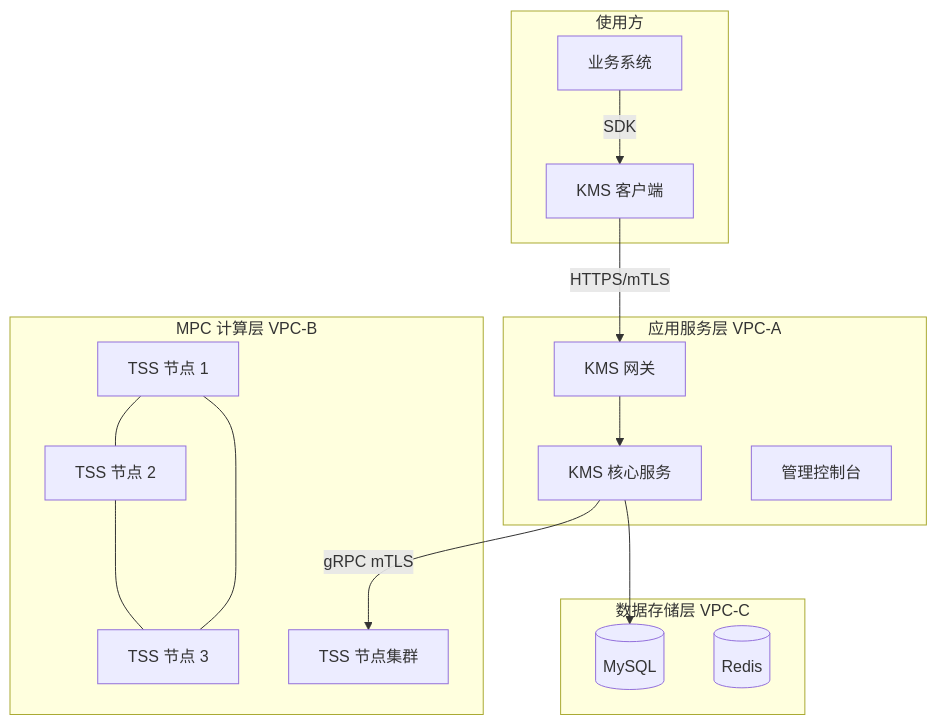
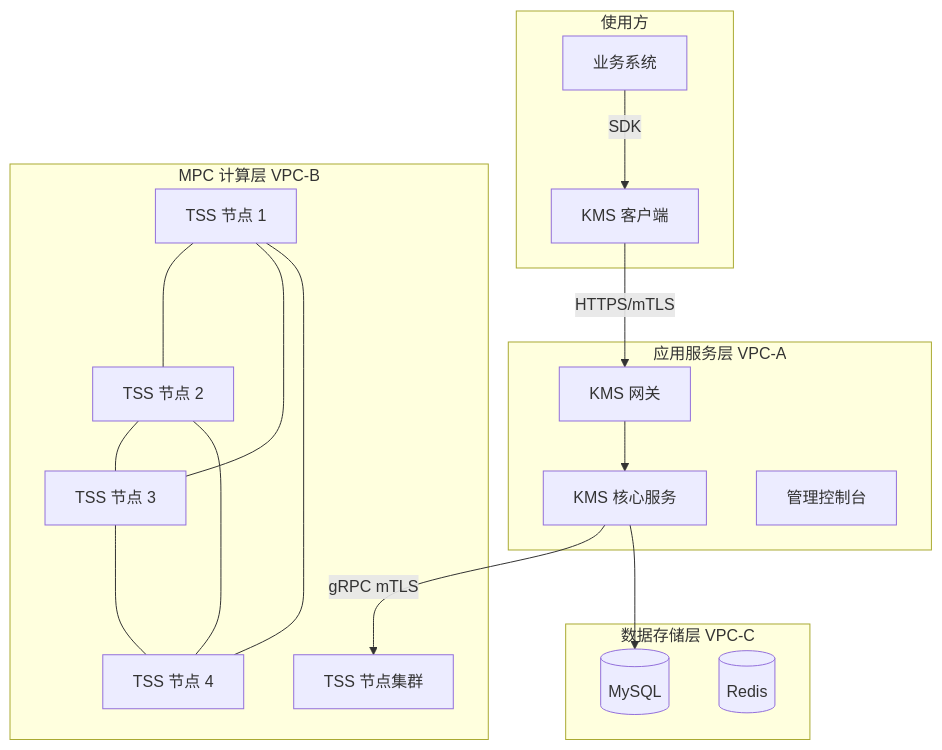
The first of 5 diagrams in 数字资产托管系统技术说明书.md (boluov/mydocs), drawn with Mermaid before and after one commit. The commit also changed other lines of this file and 2 other files, not shown here.

````diff
--- a/数字资产托管系统技术说明书.md
+++ b/数字资产托管系统技术说明书.md
@@ -71,29 +71,32 @@
 ```mermaid
 graph TD
     subgraph Consumer["使用方"]
         A["业务系统"] -->|SDK| B["KMS 客户端"]
     end
     
     B -->|"HTTPS/mTLS"| C["KMS 网关"]
     
     subgraph VPCA["应用服务层 VPC-A"]
         C --> D["KMS 核心服务"]
         E["管理控制台"]
     end
     
     D -->|"gRPC mTLS"| F
     
     subgraph VPCB["MPC 计算层 VPC-B"]
         F["TSS 节点集群"]
         F1["TSS 节点 1"] --- F2["TSS 节点 2"]
         F2 --- F3["TSS 节点 3"]
+        F3 --- F4["TSS 节点 4"]
         F1 --- F3
+        F2 --- F4
+        F1 --- F4
     end
     
     D --> G
     
     subgraph VPCC["数据存储层 VPC-C"]
         G[("MySQL")]
         H[("Redis")]
     end
 ```
````
